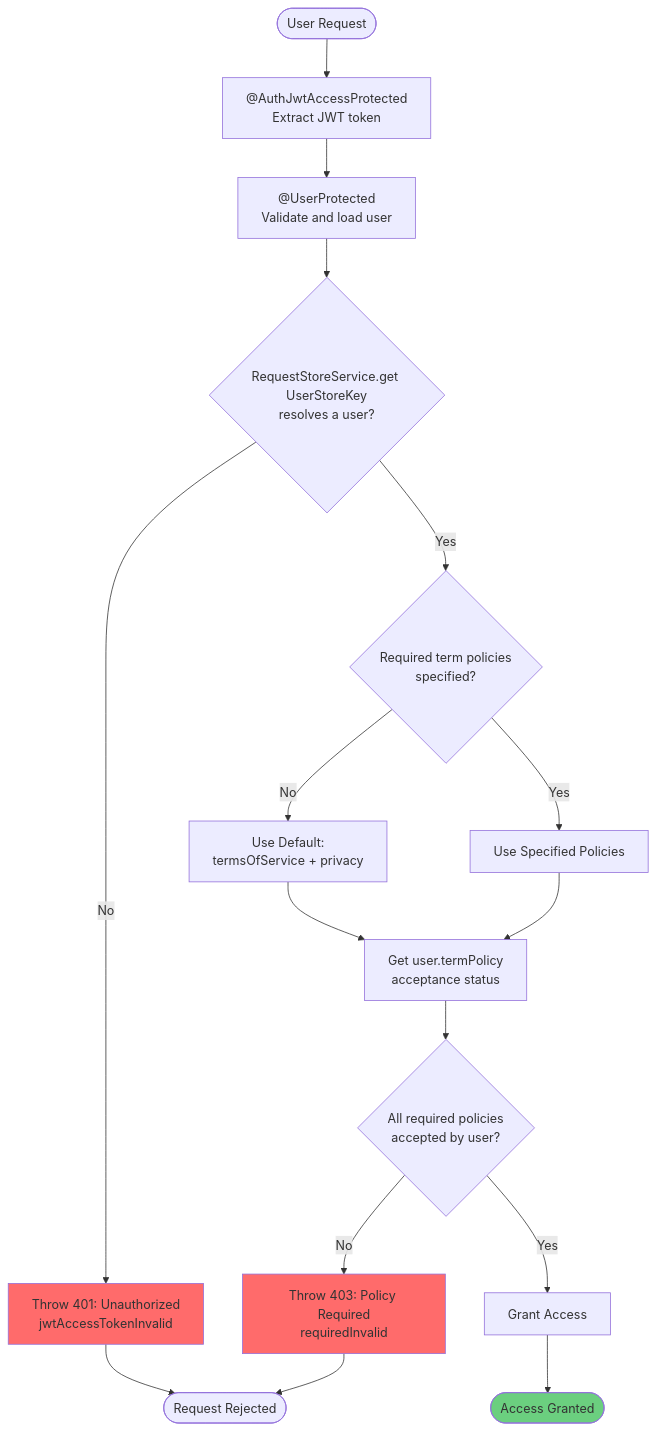
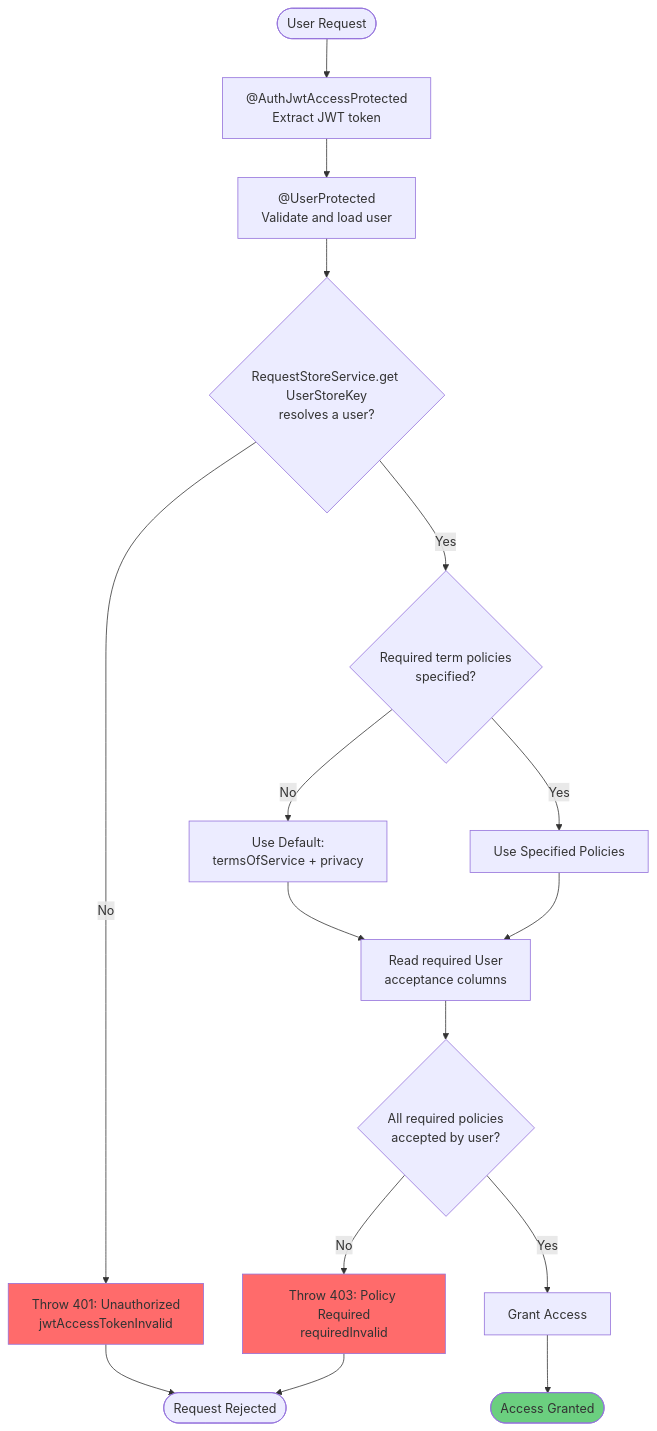
Before and after one commit to andrechristikan/ack-nestjs-boilerplate: the third of 3 diagrams in docs/term-policy.md, drawn with Mermaid. The commit also changed other lines of this file and 7 other files, not shown here.

````diff
--- a/docs/term-policy.md
+++ b/docs/term-policy.md
@@ -358,29 +358,29 @@
 ```mermaid
 flowchart TD
     Start([User Request]) --> JwtGuard[ @AuthJwtAccessProtected<br/>Extract JWT token]
     JwtGuard --> UserGuard[ @UserProtected<br/>Validate and load user]
     UserGuard --> CheckUser{RequestStoreService.get UserStoreKey<br/>resolves a user?}
     
     CheckUser -->|No| ErrorUser[Throw 401: Unauthorized<br/>jwtAccessTokenInvalid]
     CheckUser -->|Yes| CheckRequired{Required term policies<br/>specified?}
     
     CheckRequired -->|No| SetDefault[Use Default:<br/>termsOfService + privacy]
     CheckRequired -->|Yes| UseSpecified[Use Specified Policies]
     
-    SetDefault --> GetTermPolicy[Get user.termPolicy<br/>acceptance status]
+    SetDefault --> GetTermPolicy[Read required User<br/>acceptance columns]
     UseSpecified --> GetTermPolicy
     
     GetTermPolicy --> CheckAcceptance{All required policies<br/>accepted by user?}
     
     CheckAcceptance -->|No| ErrorRequired[Throw 403: Policy Required<br/>requiredInvalid]
     CheckAcceptance -->|Yes| GrantAccess[Grant Access]
     
     GrantAccess --> Success([Access Granted])
     
     ErrorUser --> End([Request Rejected])
     ErrorRequired --> End
     
     style ErrorUser fill:#ff6b6b
     style ErrorRequired fill:#ff6b6b
     style Success fill:#6bcf7f
 ```
````
